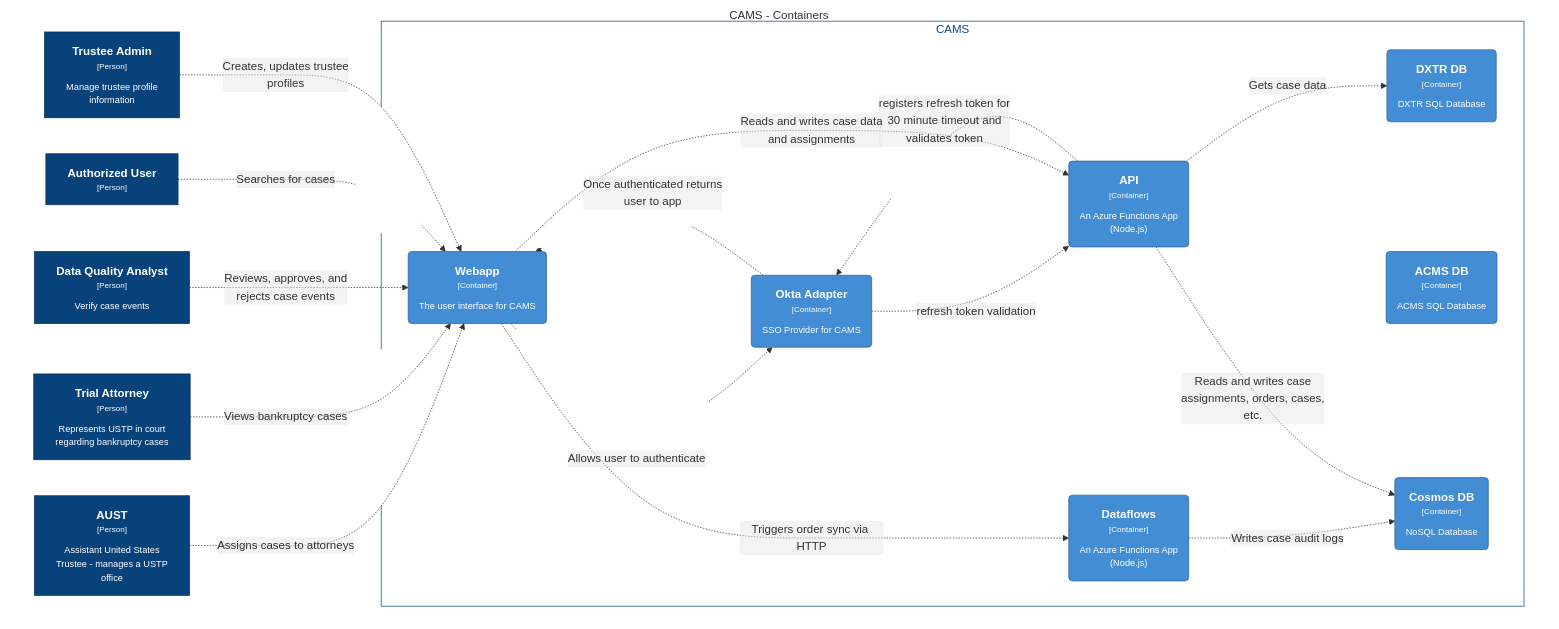
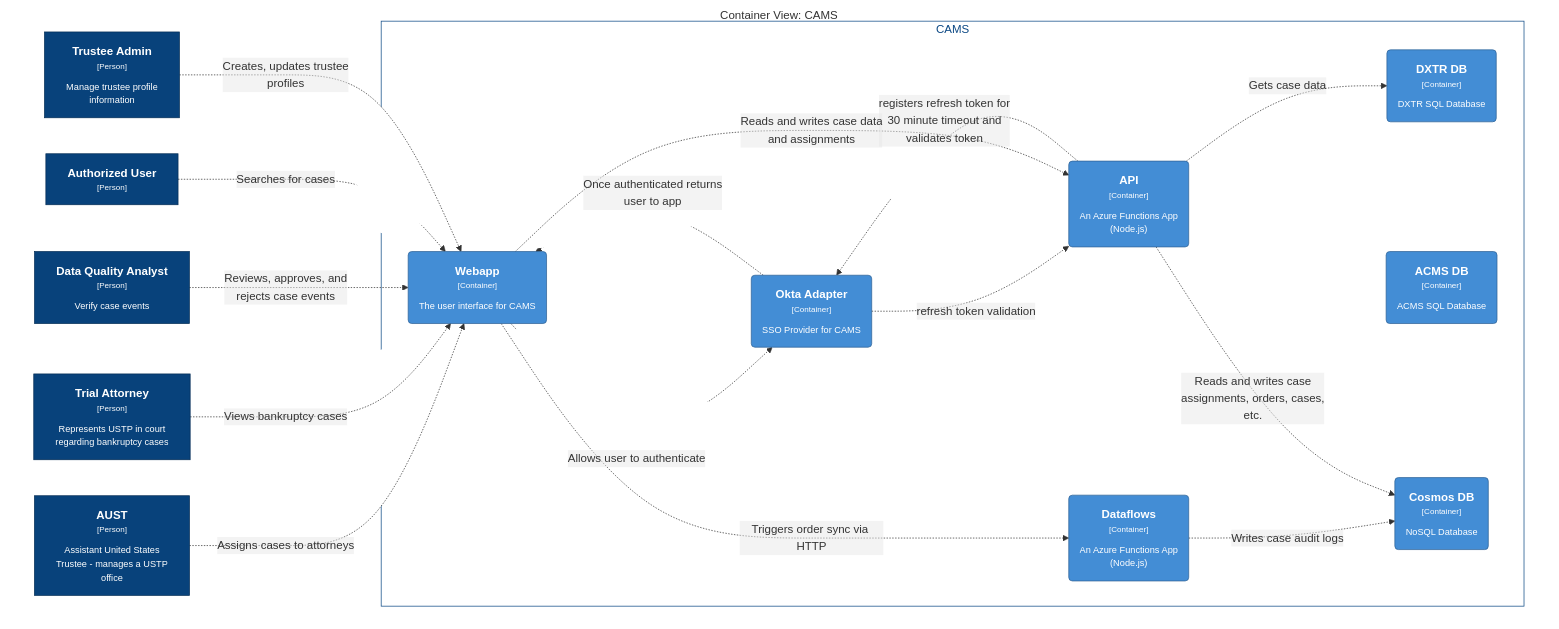
One commit to US-Trustee-Program/Bankruptcy-Oversight-Support-Systems changed the diagram in docs/architecture/diagrams/cams-containers.md. Above: the diagram before and after it, drawn with Mermaid. The commit also changed 10 other files, not shown here.

First line of the commit message:
Add script to install doc tools; regen diagrams

````diff
--- a/docs/architecture/diagrams/cams-containers.md
+++ b/docs/architecture/diagrams/cams-containers.md
@@ -3,53 +3,54 @@
 ```mermaid
 graph TB
   linkStyle default fill:#ffffff
 
-  subgraph diagram ["CAMS - Containers"]
+  subgraph diagram ["Container View: CAMS"]
     style diagram fill:#ffffff,stroke:#ffffff
 
     1["<div style='font-weight: bold'>AUST</div><div style='font-size: 70%; margin-top: 0px'>[Person]</div><div style='font-size: 80%; margin-top:10px'>Assistant United States<br />Trustee - manages a USTP<br />office</div>"]
     style 1 fill:#08427b,stroke:#052e56,color:#ffffff
     2["<div style='font-weight: bold'>Trial Attorney</div><div style='font-size: 70%; margin-top: 0px'>[Person]</div><div style='font-size: 80%; margin-top:10px'>Represents USTP in court<br />regarding bankruptcy cases</div>"]
     style 2 fill:#08427b,stroke:#052e56,color:#ffffff
     3["<div style='font-weight: bold'>Data Quality Analyst</div><div style='font-size: 70%; margin-top: 0px'>[Person]</div><div style='font-size: 80%; margin-top:10px'>Verify case events</div>"]
     style 3 fill:#08427b,stroke:#052e56,color:#ffffff
     4["<div style='font-weight: bold'>Trustee Admin</div><div style='font-size: 70%; margin-top: 0px'>[Person]</div><div style='font-size: 80%; margin-top:10px'>Manage trustee profile<br />information</div>"]
     style 4 fill:#08427b,stroke:#052e56,color:#ffffff
     5["<div style='font-weight: bold'>Authorized User</div><div style='font-size: 70%; margin-top: 0px'>[Person]</div>"]
     style 5 fill:#08427b,stroke:#052e56,color:#ffffff
 
-    subgraph 6 [CAMS]
+    subgraph 6 ["CAMS"]
       style 6 fill:#ffffff,stroke:#0b4884,color:#0b4884
 
       10("<div style='font-weight: bold'>Webapp</div><div style='font-size: 70%; margin-top: 0px'>[Container]</div><div style='font-size: 80%; margin-top:10px'>The user interface for CAMS</div>")
       style 10 fill:#438dd5,stroke:#2e6295,color:#ffffff
       17("<div style='font-weight: bold'>API</div><div style='font-size: 70%; margin-top: 0px'>[Container]</div><div style='font-size: 80%; margin-top:10px'>An Azure Functions App<br />(Node.js)</div>")
       style 17 fill:#438dd5,stroke:#2e6295,color:#ffffff
       34("<div style='font-weight: bold'>Dataflows</div><div style='font-size: 70%; margin-top: 0px'>[Container]</div><div style='font-size: 80%; margin-top:10px'>An Azure Functions App<br />(Node.js)</div>")
       style 34 fill:#438dd5,stroke:#2e6295,color:#ffffff
       39("<div style='font-weight: bold'>DXTR DB</div><div style='font-size: 70%; margin-top: 0px'>[Container]</div><div style='font-size: 80%; margin-top:10px'>DXTR SQL Database</div>")
       style 39 fill:#438dd5,stroke:#2e6295,color:#ffffff
       40("<div style='font-weight: bold'>ACMS DB</div><div style='font-size: 70%; margin-top: 0px'>[Container]</div><div style='font-size: 80%; margin-top:10px'>ACMS SQL Database</div>")
       style 40 fill:#438dd5,stroke:#2e6295,color:#ffffff
       41("<div style='font-weight: bold'>Cosmos DB</div><div style='font-size: 70%; margin-top: 0px'>[Container]</div><div style='font-size: 80%; margin-top:10px'>NoSQL Database</div>")
       style 41 fill:#438dd5,stroke:#2e6295,color:#ffffff
       7("<div style='font-weight: bold'>Okta Adapter</div><div style='font-size: 70%; margin-top: 0px'>[Container]</div><div style='font-size: 80%; margin-top:10px'>SSO Provider for CAMS</div>")
       style 7 fill:#438dd5,stroke:#2e6295,color:#ffffff
     end
 
     34-. "<div>Writes case audit logs</div><div style='font-size: 70%'></div>" .->41
     1-. "<div>Assigns cases to attorneys</div><div style='font-size: 70%'></div>" .->10
     2-. "<div>Views bankruptcy cases</div><div style='font-size: 70%'></div>" .->10
     3-. "<div>Reviews, approves, and<br />rejects case events</div><div style='font-size: 70%'></div>" .->10
     5-. "<div>Searches for cases</div><div style='font-size: 70%'></div>" .->10
     4-. "<div>Creates, updates trustee<br />profiles</div><div style='font-size: 70%'></div>" .->10
     10-. "<div>Allows user to authenticate</div><div style='font-size: 70%'></div>" .->7
     7-. "<div>Once authenticated returns<br />user to app</div><div style='font-size: 70%'></div>" .->10
     17-. "<div>registers refresh token for<br />30 minute timeout and<br />validates token</div><div style='font-size: 70%'></div>" .->7
     7-. "<div>refresh token validation</div><div style='font-size: 70%'></div>" .->17
     10-. "<div>Reads and writes case data<br />and assignments</div><div style='font-size: 70%'></div>" .->17
     10-. "<div>Triggers order sync via HTTP</div><div style='font-size: 70%'></div>" .->34
     17-. "<div>Reads and writes case<br />assignments, orders, cases,<br />etc.</div><div style='font-size: 70%'></div>" .->41
     17-. "<div>Gets case data</div><div style='font-size: 70%'></div>" .->39
+
   end
 ```
````
